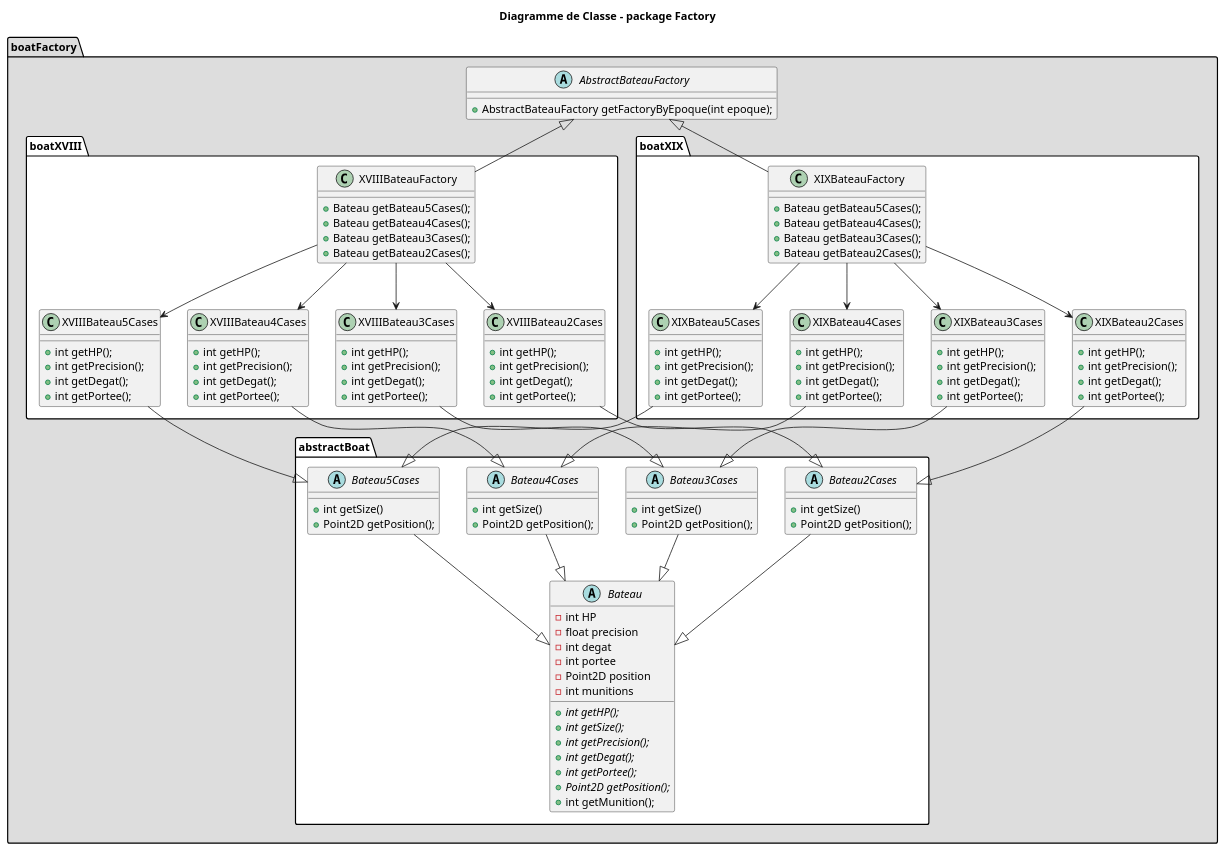
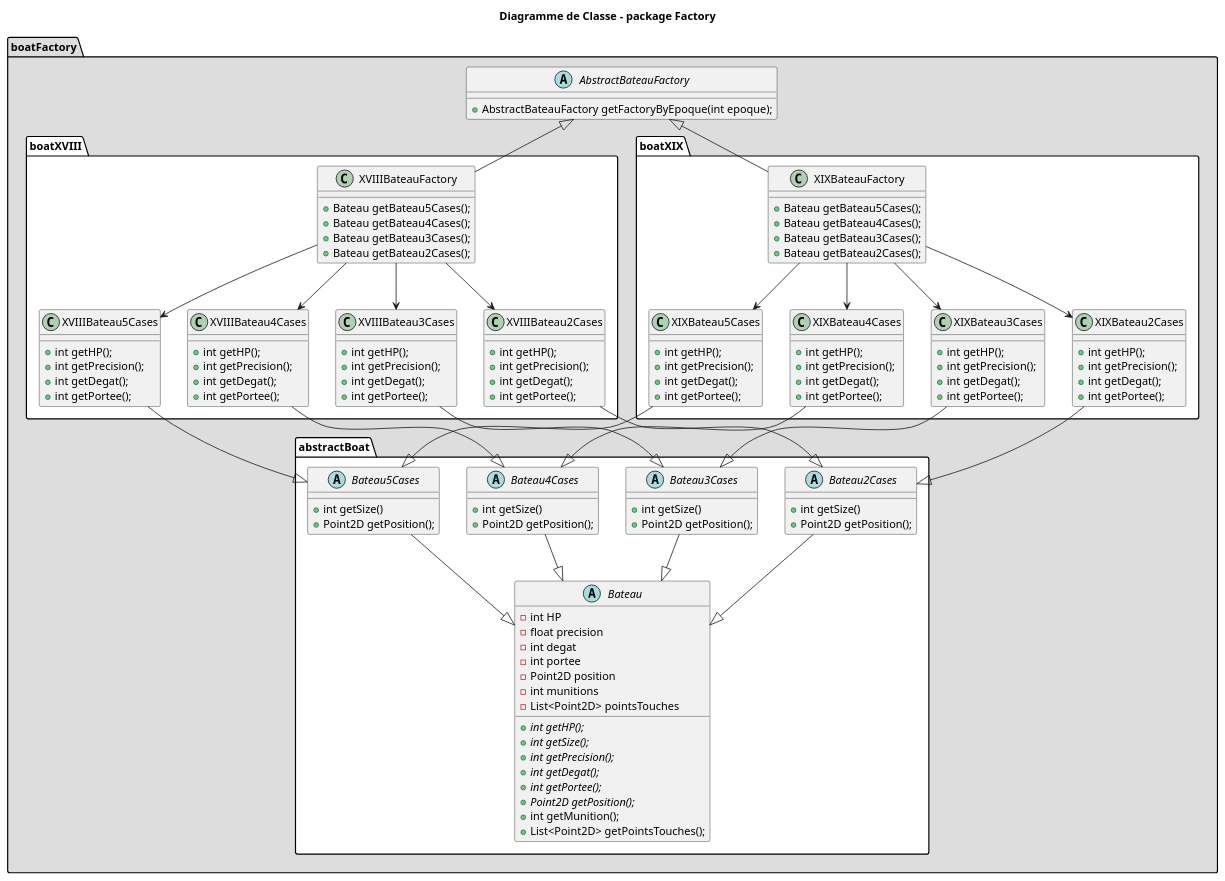
One commit to AntoineCourtil/CAD2018_Laraclette changed the diagram in conception/class_package_factory.plantuml. Above: the diagram before and after it, drawn with PlantUML.

Commit message:
maj pkg boatFactory

```diff
--- a/conception/class_package_factory.plantuml
+++ b/conception/class_package_factory.plantuml
@@ -105,6 +105,7 @@
             - int portee
             - Point2D position
             - int munitions
+            - List<Point2D> pointsTouches
 
             + {abstract} int getHP();
             + {abstract} int getSize();
@@ -113,6 +114,7 @@
             + {abstract} int getPortee();
             + {abstract} Point2D getPosition();
             + int getMunition();
+            + List<Point2D> getPointsTouches();
         }
 
         abstract class Bateau5Cases {
```
